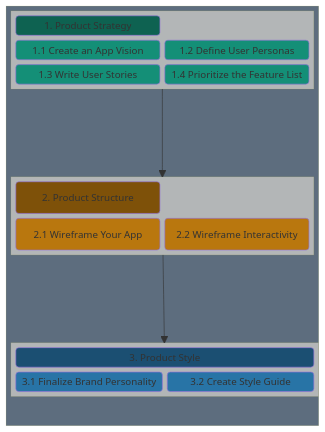
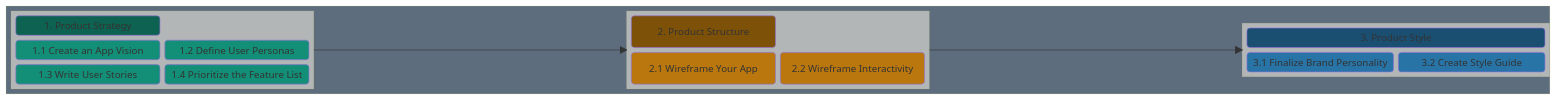
Before and after one commit to chingu-voyages/Handbook: the first of 3 diagrams in docs/resources/techresources/uiux.md, drawn with Mermaid.

Commit message:
Feature: Add dark background to UI/UX diagram

````diff
--- a/docs/resources/techresources/uiux.md
+++ b/docs/resources/techresources/uiux.md
@@ -15,50 +15,50 @@
 ```mermaid
 block-beta
-block:CONTAINER
   columns 1
-    block:STRATEGY
-      columns 2
-      A("1. Product Strategy"):2
-      B("1.1 Create an App Vision")
-      C("1.2 Define User Personas")
-      D("1.3 Write User Stories")
-      E("1.4 Prioritize the Feature List")
+  block:CONTAINER
+      block:STRATEGY
+        columns 2
+        A("1. Product Strategy"):2
+        B("1.1 Create an App Vision")
+        C("1.2 Define User Personas")
+        D("1.3 Write User Stories")
+        E("1.4 Prioritize the Feature List")
+      end
+      space
+      block:STRUCTURE
+        columns 2
+        G("2. Product Structure"):2
+        J("2.1 Wireframe Your App")
+        L("2.2 Wireframe Interactivity")
+      end
+      space
+      STRATEGY --> STRUCTURE
+      block:STYLE
+        columns 2
+        M("3. Product Style"):2
+        N("3.1 Finalize Brand Personality")
+        O("3.2 Create Style Guide")
+      end
     end
-    space
-    block:STRUCTURE
-      columns 2
-      G("2. Product Structure"):2
-      J("2.1 Wireframe Your App")
-      L("2.2 Wireframe Interactivity")
-    end
-    space
-    STRATEGY --> STRUCTURE
-    block:STYLE
-      columns 2
-      M("3. Product Style"):2
-      N("3.1 Finalize Brand Personality")
-      O("3.2 Create Style Guide")
-    end
-  end
 
   STRUCTURE --> STYLE
 
   style CONTAINER fill:#5d6d7e
   style A fill:#0e6251
   style B fill:#148f77
   style C fill:#148f77
   style D fill:#148f77
   style E fill:#148f77
 
   style G fill:#7e5109
   style J fill:#b9770e
   style L fill:#b9770e
 
   style M fill:#1b4f72
   style N fill:#2874a6
   style O fill:#2874a6
 
   style STRATEGY fill:#b3b6b7
   style STRUCTURE fill:#b3b6b7
   style STYLE fill:#b3b6b7
 ```
````
